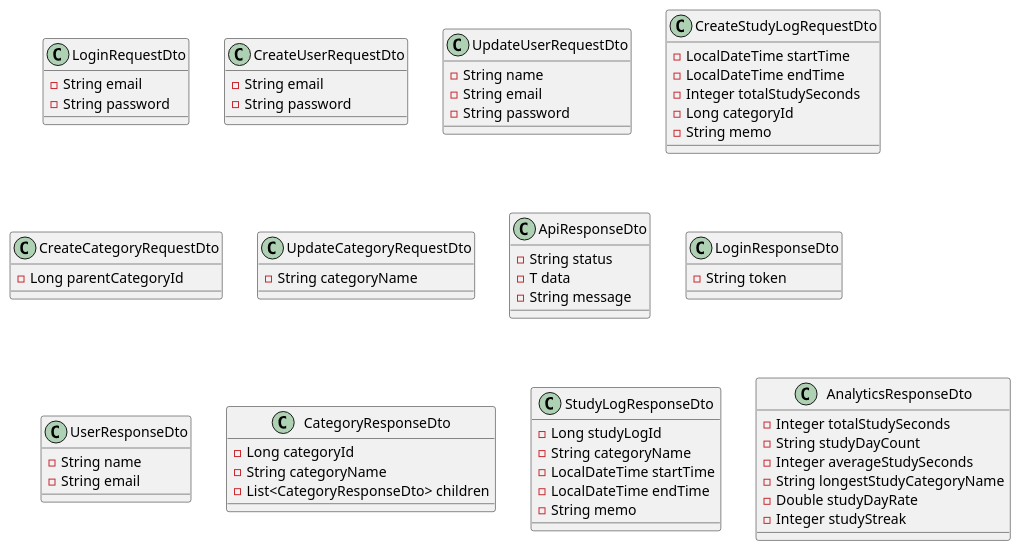
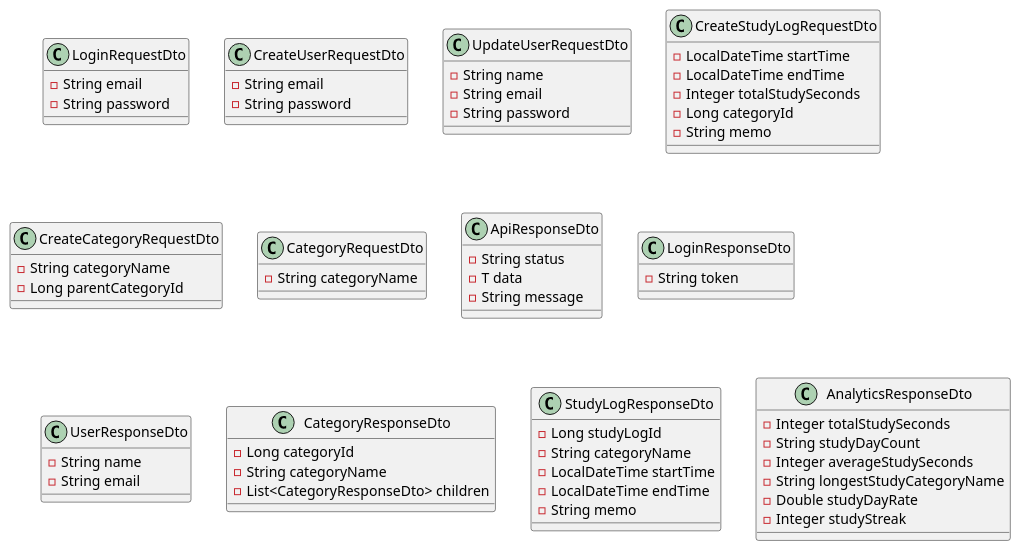
The diagram in backend/study-management-app/docs/uml/code/class/class-dto.puml (ShumpeiKawamura37/portfolio-study-management-app), drawn with PlantUML before and after one commit. The commit also changed 8 other files, not shown here.

```diff
--- a/backend/study-management-app/docs/uml/code/class/class-dto.puml
+++ b/backend/study-management-app/docs/uml/code/class/class-dto.puml
@@ -1,70 +1,72 @@
 @startuml
 class LoginRequestDto {
   - String email
   - String password
 }
 
 class CreateUserRequestDto {
   - String email
   - String password
 }
 
 class UpdateUserRequestDto {
   - String name
   - String email
   - String password
 }
 
 class CreateStudyLogRequestDto {
   - LocalDateTime startTime
   - LocalDateTime endTime
   - Integer totalStudySeconds
   - Long categoryId
   - String memo
 }
 
 class CreateCategoryRequestDto {
+  - String categoryName
   - Long parentCategoryId
 }
 
-class UpdateCategoryRequestDto {
+class CategoryRequestDto {
   - String categoryName
 }
 
 class ApiResponseDto {
   - String status
   - T data
   - String message
 }
 
 class LoginResponseDto {
   - String token
 }
 
 class UserResponseDto {
   - String name
   - String email
 }
+
 class CategoryResponseDto {
   - Long categoryId
   - String categoryName
   - List<CategoryResponseDto> children
 }
 
 class StudyLogResponseDto {
   - Long studyLogId
   - String categoryName
   - LocalDateTime startTime
   - LocalDateTime endTime
   - String memo
 }
 
 class AnalyticsResponseDto {
   - Integer totalStudySeconds
   - String studyDayCount
   - Integer averageStudySeconds
   - String longestStudyCategoryName
   - Double studyDayRate
   - Integer studyStreak
 }
 @enduml
```
